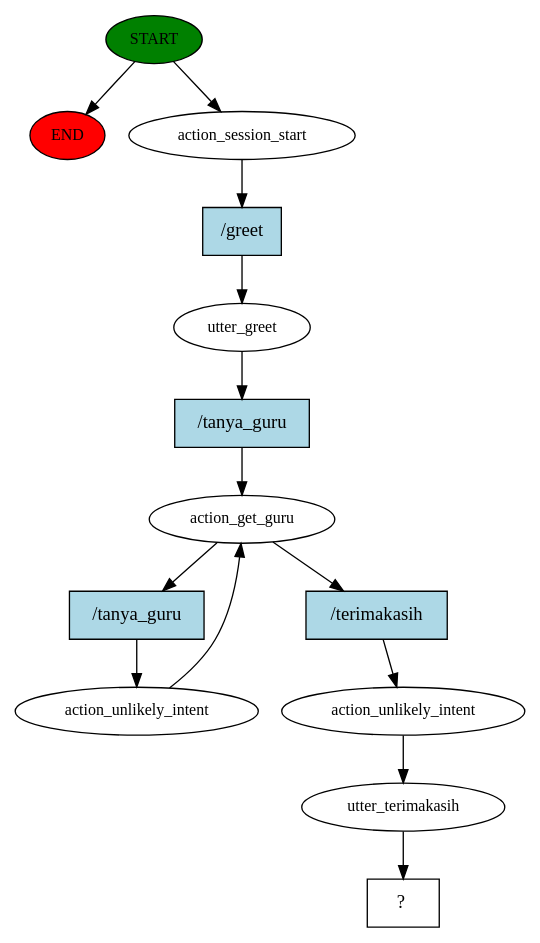
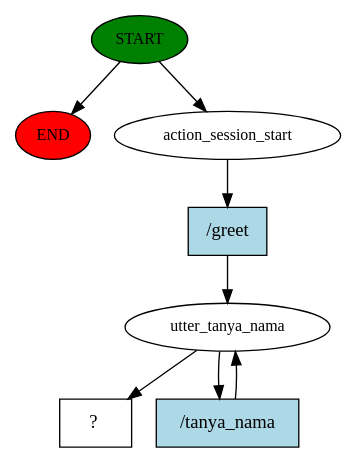
Before and after one commit to Ardika000/RASA-AI-DITA_BOT: the diagram in story_graph.dot, drawn with Graphviz. The commit also changed 546 other files, not shown here.

```diff
--- a/story_graph.dot
+++ b/story_graph.dot
@@ -1,28 +1,16 @@
 digraph  {
 0 [class="start active", fillcolor=green, fontsize=12, label=START, style=filled];
 "-1" [class=end, fillcolor=red, fontsize=12, label=END, style=filled];
 1 [class=active, fontsize=12, label=action_session_start];
-2 [class=active, fontsize=12, label=utter_greet];
-3 [class=active, fontsize=12, label=action_get_guru];
-4 [class=active, fontsize=12, label=action_unlikely_intent];
-6 [class=active, fontsize=12, label=action_unlikely_intent];
-7 [class=active, fontsize=12, label=utter_terimakasih];
-8 [class="intent dashed active", label="  ?  ", shape=rect];
-9 [class="intent active", fillcolor=lightblue, label="/greet", shape=rect, style=filled];
-10 [class="intent active", fillcolor=lightblue, label="/tanya_guru", shape=rect, style=filled];
-11 [class="intent active", fillcolor=lightblue, label="/tanya_guru", shape=rect, style=filled];
-12 [class="intent active", fillcolor=lightblue, label="/terimakasih", shape=rect, style=filled];
+2 [class=active, fontsize=12, label=utter_tanya_nama];
+4 [class="intent dashed active", label="  ?  ", shape=rect];
+5 [class="intent active", fillcolor=lightblue, label="/greet", shape=rect, style=filled];
+6 [class="intent active", fillcolor=lightblue, label="/tanya_nama", shape=rect, style=filled];
 0 -> "-1"  [class="", key=NONE, label=""];
 0 -> 1  [class=active, key=NONE, label=""];
-1 -> 9  [class=active, key=0];
-2 -> 10  [class=active, key=0];
-3 -> 11  [class=active, key=0];
-3 -> 12  [class=active, key=0];
-4 -> 3  [class=active, key=NONE, label=""];
-6 -> 7  [class=active, key=NONE, label=""];
-7 -> 8  [class=active, key=NONE, label=""];
-9 -> 2  [class=active, key=0];
-10 -> 3  [class=active, key=0];
-11 -> 4  [class=active, key=0];
-12 -> 6  [class=active, key=0];
+1 -> 5  [class=active, key=0];
+2 -> 4  [class=active, key=NONE, label=""];
+2 -> 6  [class=active, key=0];
+5 -> 2  [class=active, key=0];
+6 -> 2  [class=active, key=0];
 }
```
